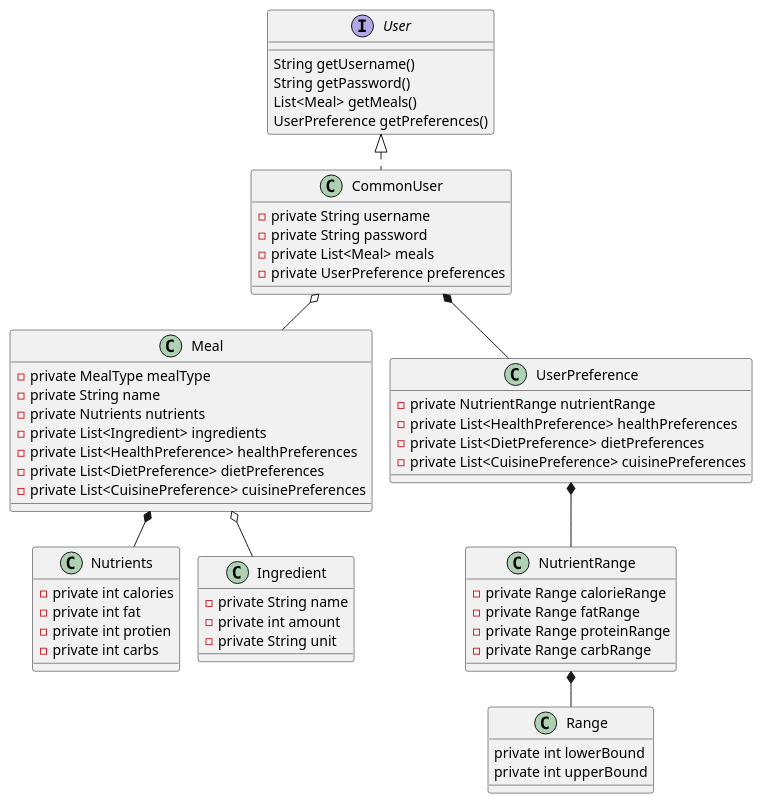
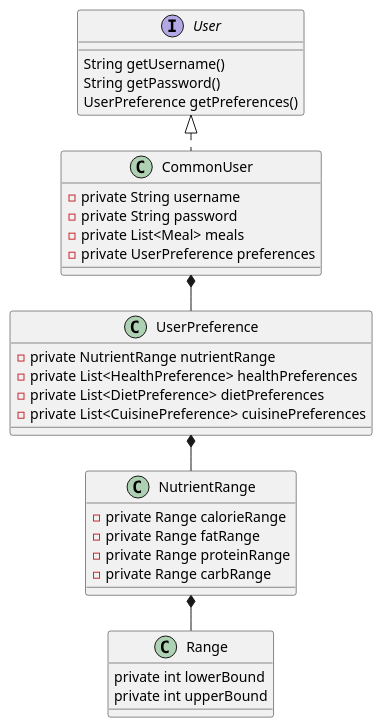
Before and after one commit to vrindasubhash/NutriNinja: the diagram in design/entities/entities.puml, drawn with PlantUML. The commit also changed 5 other files, not shown here.

```diff
--- a/design/entities/entities.puml
+++ b/design/entities/entities.puml
@@ -1,66 +1,40 @@
 @startuml
 !pragma layout smetana
 'https://plantuml.com/class-diagram
-CommonUser o-- Meal
 CommonUser *-- UserPreference
-Meal *-- Nutrients
-Meal o-- Ingredient
 UserPreference *-- NutrientRange
 NutrientRange *-- Range
 
 interface User {
     String getUsername()
     String getPassword()
-    List<Meal> getMeals()
     UserPreference getPreferences()
 }
 
 class CommonUser implements User {
 - private String username
 - private String password
 - private List<Meal> meals
 - private UserPreference preferences
 }
 
-class Meal {
-- private MealType mealType
-- private String name
-- private Nutrients nutrients
-- private List<Ingredient> ingredients
-- private List<HealthPreference> healthPreferences
-- private List<DietPreference> dietPreferences
-- private List<CuisinePreference> cuisinePreferences
-}
-
 class UserPreference {
 - private NutrientRange nutrientRange
 - private List<HealthPreference> healthPreferences
 - private List<DietPreference> dietPreferences
 - private List<CuisinePreference> cuisinePreferences
-}
-
-class Nutrients {
-- private int calories
-- private int fat
-- private int protien
-- private int carbs
 }
 
 class NutrientRange {
 - private Range calorieRange
 - private Range fatRange
 - private Range proteinRange
 - private Range carbRange
 }
 
-class Ingredient {
-- private String name
-- private int amount
-- private String unit
-}
 
 class Range {
     private int lowerBound
     private int upperBound
 }
 @enduml
```
